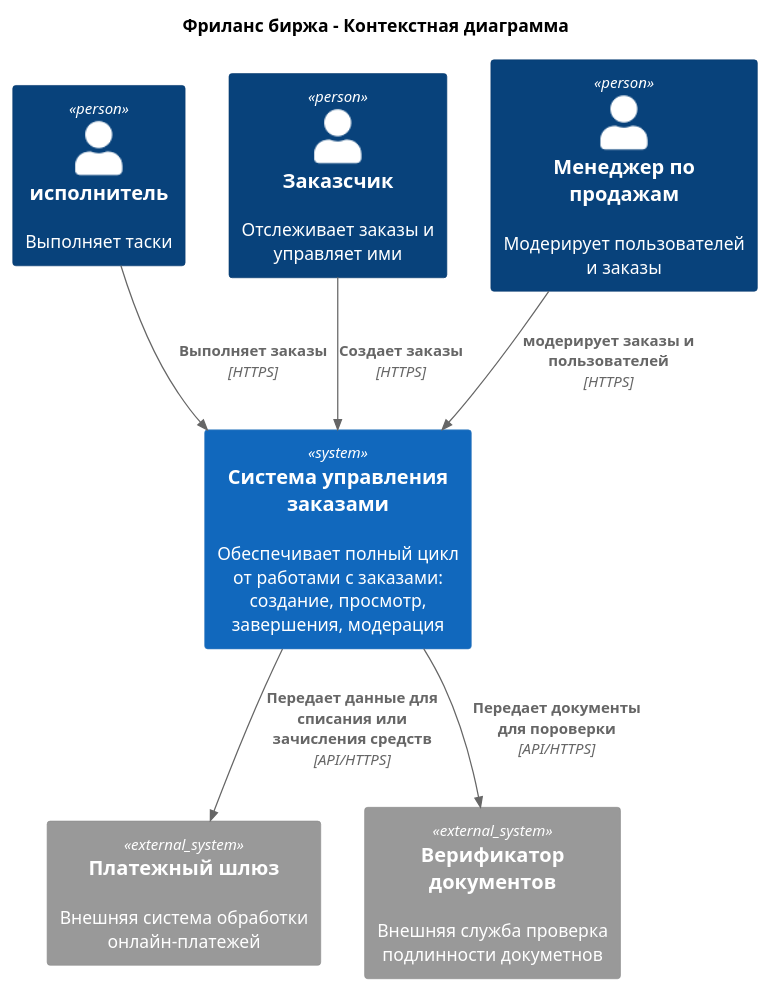
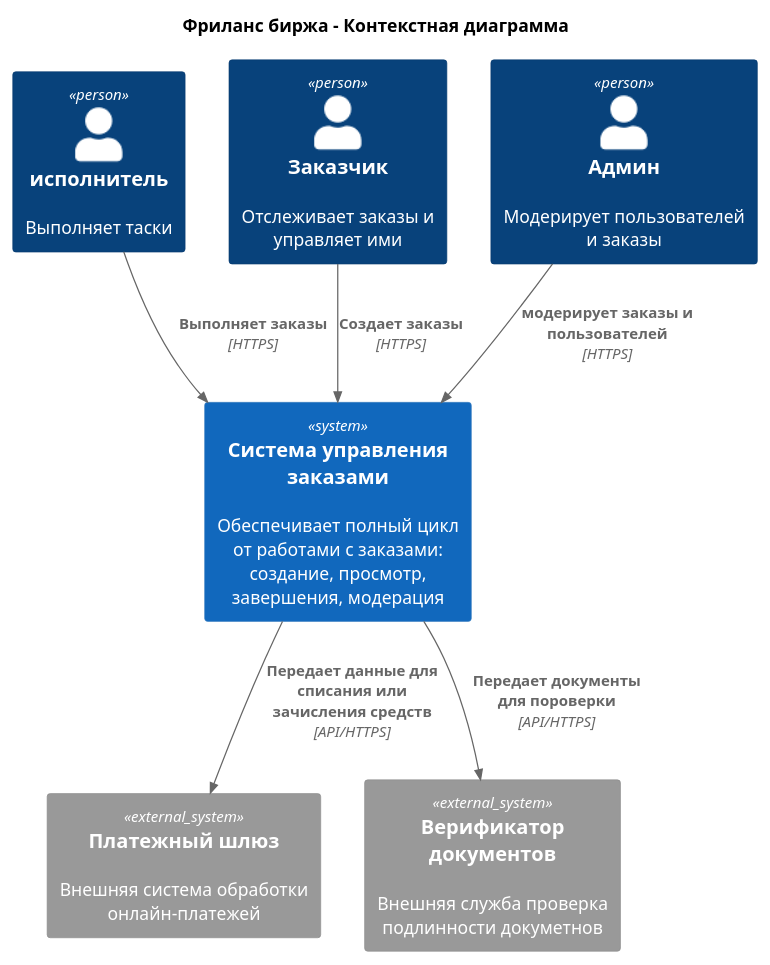
One commit to 555Jeka555/TRPO changed the diagram in с4/1.puml. Above: the diagram before and after it, drawn with PlantUML.

Commit message:
с4

```diff
--- a/с4/1.puml
+++ b/с4/1.puml
@@ -1,21 +1,21 @@
 @startuml Пример C4: Контекст
 !includeurl https://raw.githubusercontent.com/plantuml-stdlib/C4-PlantUML/master/C4_Context.puml
 
 title  Фриланс биржа - Контекстная диаграмма
 
 Person(исполнитель, "исполнитель", "Выполняет таски")
-Person(заказсчик, "Заказсчик", "Отслеживает заказы и управляет ими")
-Person(админ, "Менеджер по продажам", "Модерирует пользователей и заказы")
+Person(заказчик, "Заказчик", "Отслеживает заказы и управляет ими")
+Person(админ, "Админ", "Модерирует пользователей и заказы")
 
 System(фриланс_система, "Система управления заказами", "Обеспечивает полный цикл от работами с заказами: создание, просмотр, завершения, модерация")
 
 System_Ext(платежный_шлюз, "Платежный шлюз", "Внешняя система обработки онлайн-платежей")
 System_Ext(верификатор_документов, "Верификатор документов", "Внешняя служба проверка подлинности докуметнов")
 
 Rel(исполнитель, фриланс_система, "Выполняет заказы", "HTTPS")
-Rel(заказсчик, фриланс_система, "Создает заказы", "HTTPS")
+Rel(заказчик, фриланс_система, "Создает заказы", "HTTPS")
 Rel(админ, фриланс_система, "модерирует заказы и пользователей", "HTTPS")
 Rel(фриланс_система, платежный_шлюз, "Передает данные для списания или зачисления средств", "API/HTTPS")
 Rel(фриланс_система, верификатор_документов, "Передает документы для пороверки", "API/HTTPS")
 
 @enduml
```
